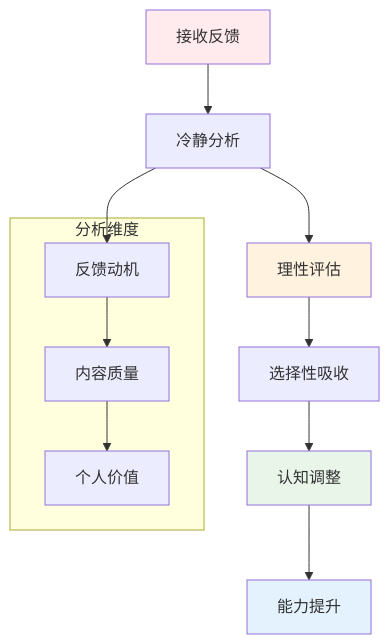
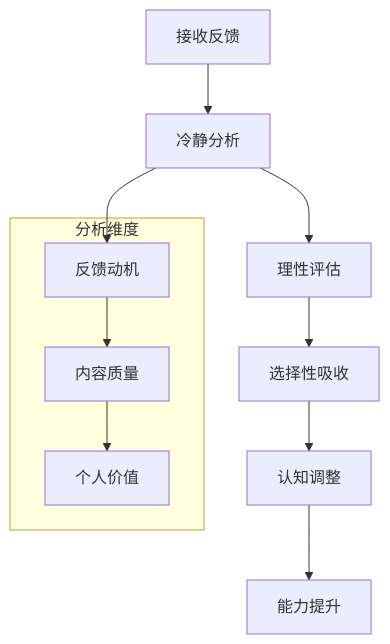
Before and after one commit to fangkun119/tech-page: diagram 12 of 52 in _posts/2025-11-08-book-01-feynman-approach.md, drawn with Mermaid. The commit also changed other lines of this file and 1 other file, not shown here.

Commit message:
feat: adjust diagram color

````diff
--- a/_posts/2025-11-08-book-01-feynman-approach.md
+++ b/_posts/2025-11-08-book-01-feynman-approach.md
@@ -1326,20 +1275,15 @@
 ```mermaid
 graph TD
     A[接收反馈] --> B[冷静分析]
     B --> C[理性评估]
     C --> D[选择性吸收]
     D --> E[认知调整]
     E --> F[能力提升]
 
     subgraph "分析维度"
         G[反馈动机] --> H[内容质量]
         H --> I[个人价值]
     end
 
     B --> G
-
-    style A fill:#ffebee
-    style C fill:#fff3e0
-    style E fill:#e8f5e8
-    style F fill:#e3f2fd
 ```
````
